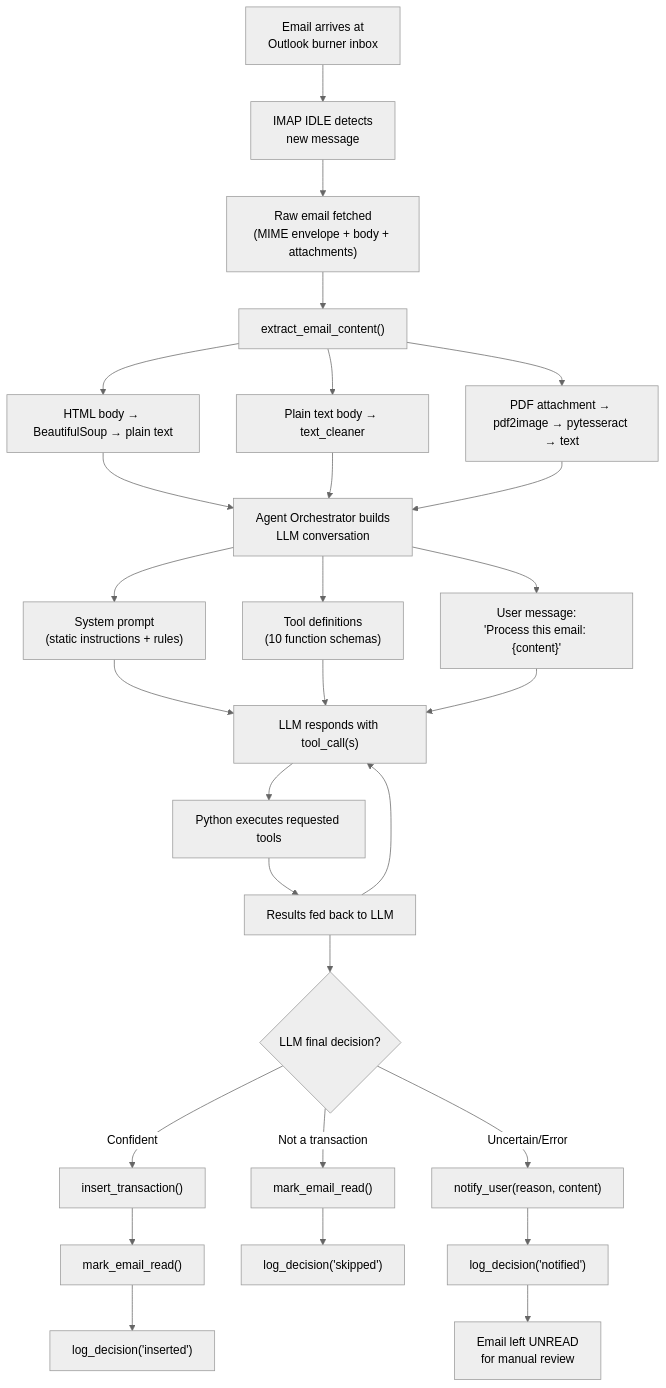
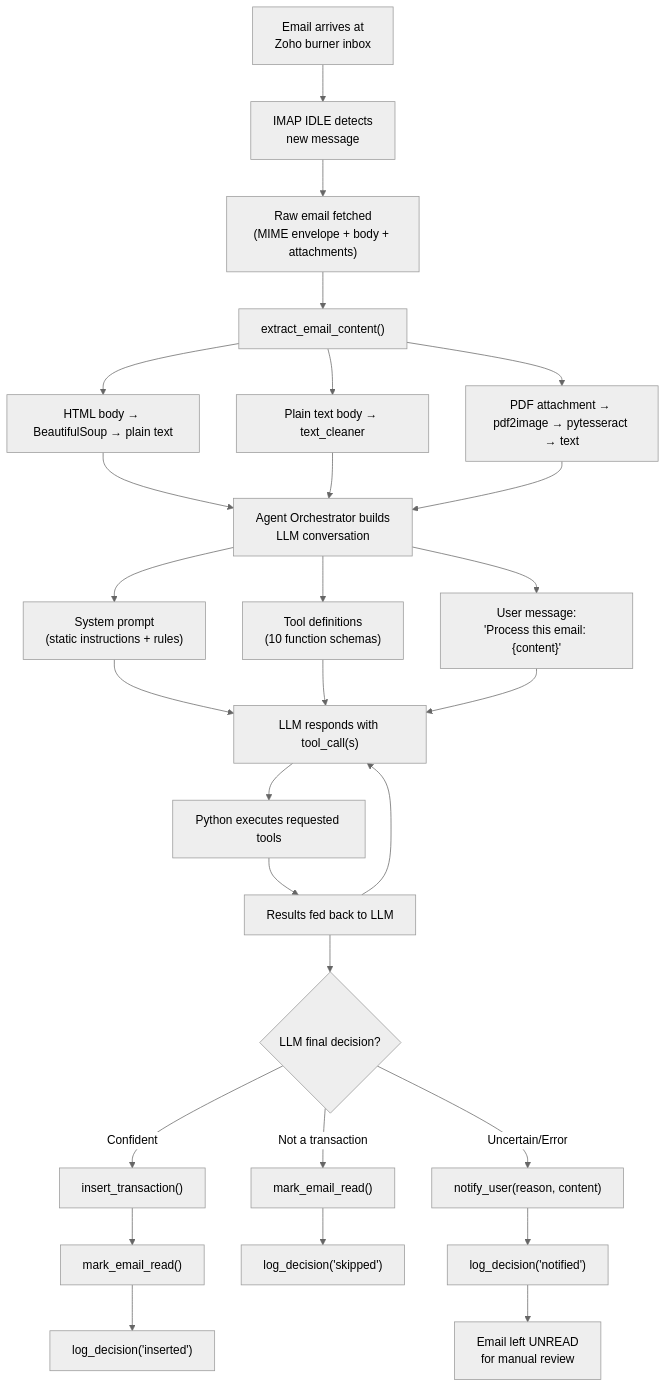
The sixth of 9 diagrams in design.md (darrencjh8/darren-openclaw), drawn with Mermaid (neutral theme) before and after one commit. The commit also changed other lines of this file and 7 other files, not shown here.

First line of the commit message:
fix: align architecture docs with Docker Compose + Zoho deployment

````diff
--- a/design.md
+++ b/design.md
@@ -466,34 +472,34 @@
 ```mermaid
 flowchart TD
-    A["Email arrives at<br/>Outlook burner inbox"] --> B["IMAP IDLE detects<br/>new message"]
+    A["Email arrives at<br/>Zoho burner inbox"] --> B["IMAP IDLE detects<br/>new message"]
     B --> C["Raw email fetched<br/>(MIME envelope + body + attachments)"]
     C --> D["extract_email_content()"]
     
     D --> D1["HTML body → BeautifulSoup → plain text"]
     D --> D2["Plain text body → text_cleaner"]
     D --> D3["PDF attachment → pdf2image → pytesseract → text"]
     
     D1 & D2 & D3 --> E["Agent Orchestrator builds<br/>LLM conversation"]
     
     E --> E1["System prompt<br/>(static instructions + rules)"]
     E --> E2["Tool definitions<br/>(10 function schemas)"]
     E --> E3["User message:<br/>'Process this email: {content}'"]
     
     E1 & E2 & E3 --> F["LLM responds with tool_call(s)"]
     F --> G["Python executes requested tools"]
     G --> H["Results fed back to LLM"]
     H --> F
     
     H --> I{"LLM final decision?"}
     
     I -->|"Confident"| J["insert_transaction()"]
     J --> K["mark_email_read()"]
     K --> L["log_decision('inserted')"]
     
     I -->|"Not a transaction"| M["mark_email_read()"]
     M --> N["log_decision('skipped')"]
     
     I -->|"Uncertain/Error"| O["notify_user(reason, content)"]
     O --> P["log_decision('notified')"]
     P --> Q["Email left UNREAD<br/>for manual review"]
 ```
````
